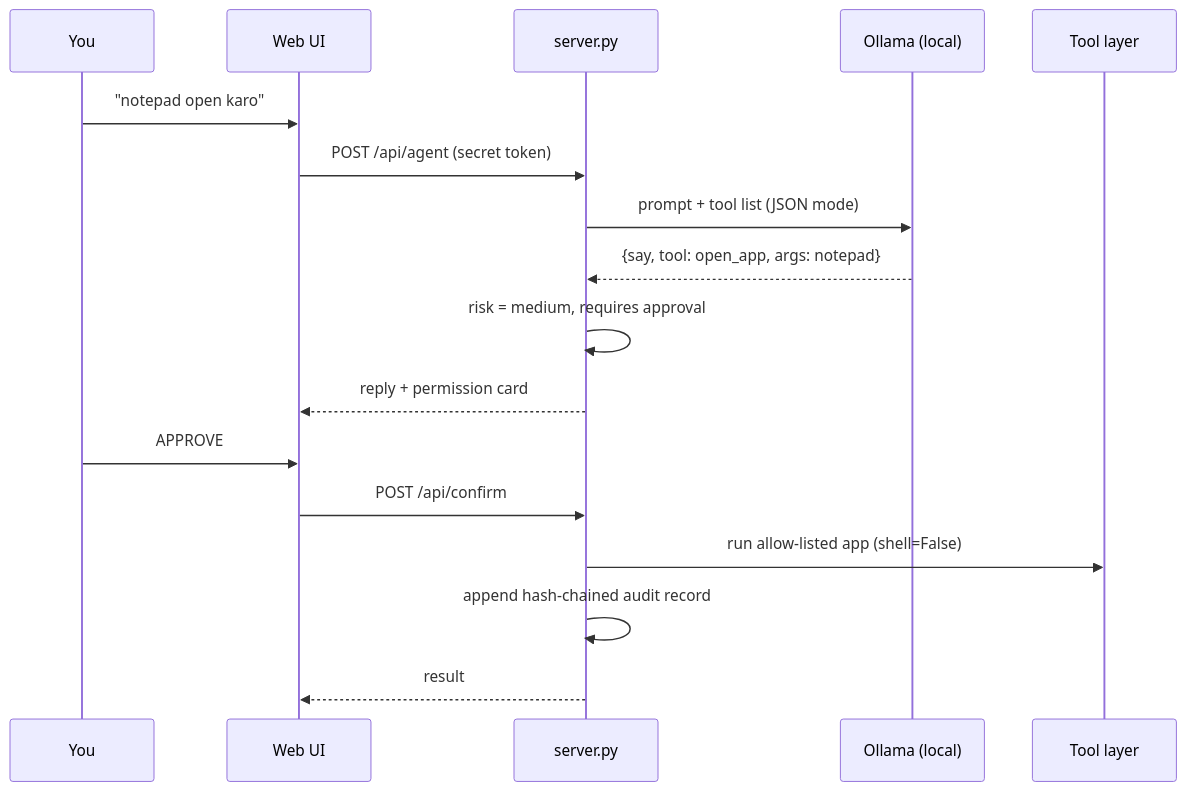
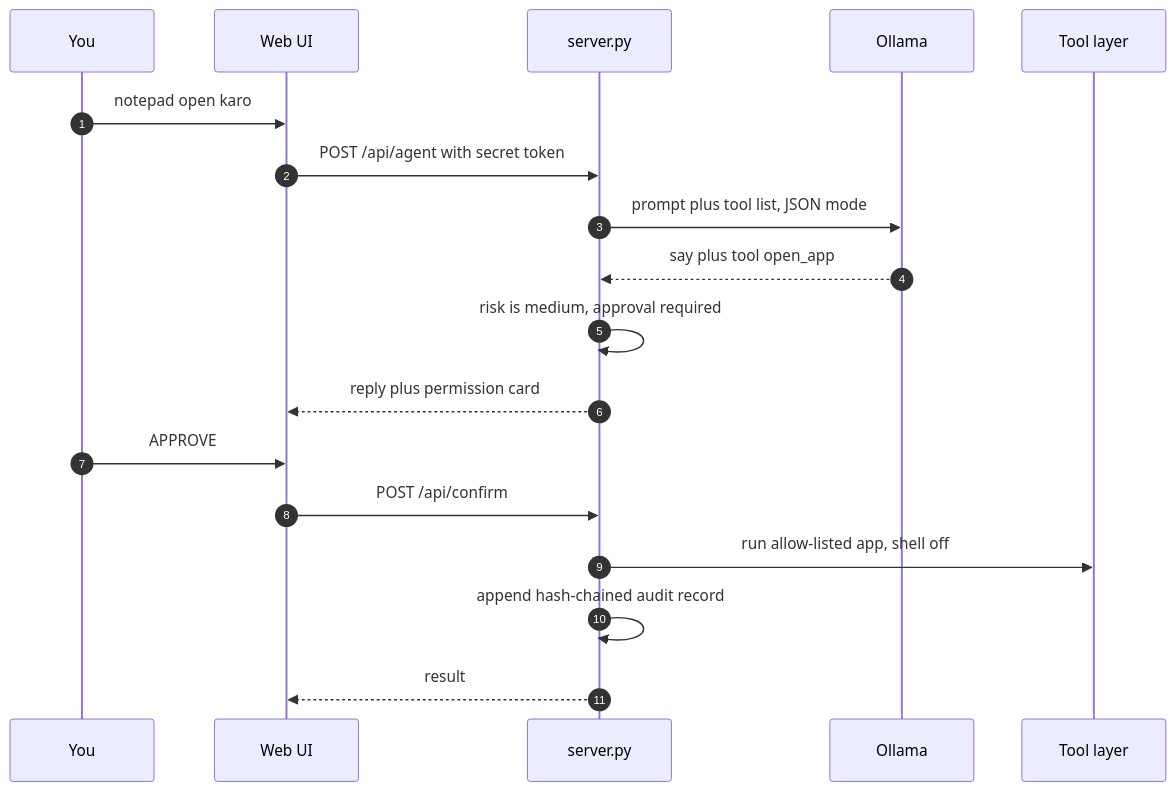
The first of 3 diagrams in README.md (sanaullahcode/Ai-for-everyone), drawn with Mermaid before and after one commit. The commit also changed other lines of this file, not shown here.

````diff
--- a/README.md
+++ b/README.md
@@ -47,19 +81,20 @@
 ```mermaid
 sequenceDiagram
+  autonumber
   participant U as You
   participant UI as Web UI
   participant S as server.py
-  participant L as Ollama (local)
+  participant L as Ollama
   participant T as Tool layer
-  U->>UI: "notepad open karo"
-  UI->>S: POST /api/agent (secret token)
-  S->>L: prompt + tool list (JSON mode)
-  L-->>S: {say, tool: open_app, args: notepad}
-  S->>S: risk = medium, requires approval
-  S-->>UI: reply + permission card
+  U->>UI: notepad open karo
+  UI->>S: POST /api/agent with secret token
+  S->>L: prompt plus tool list, JSON mode
+  L-->>S: say plus tool open_app
+  S->>S: risk is medium, approval required
+  S-->>UI: reply plus permission card
   U->>UI: APPROVE
   UI->>S: POST /api/confirm
-  S->>T: run allow-listed app (shell=False)
+  S->>T: run allow-listed app, shell off
   S->>S: append hash-chained audit record
   S-->>UI: result
 ```
````
